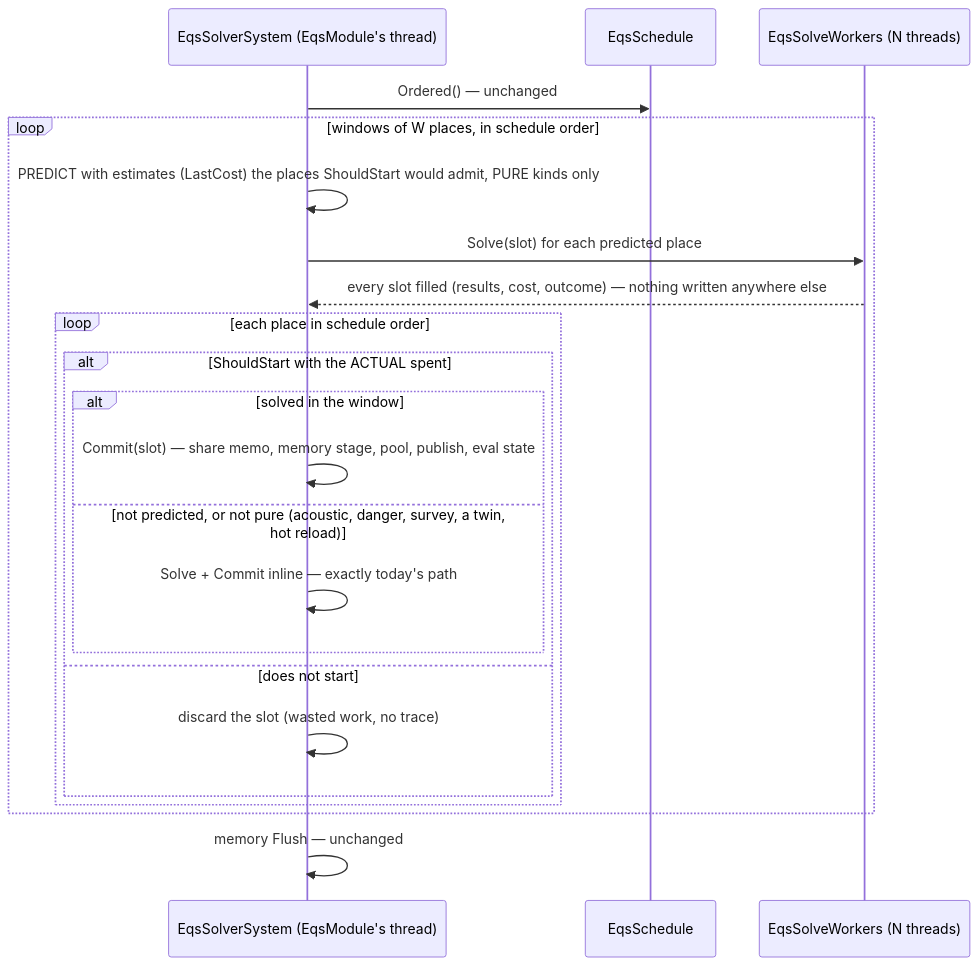
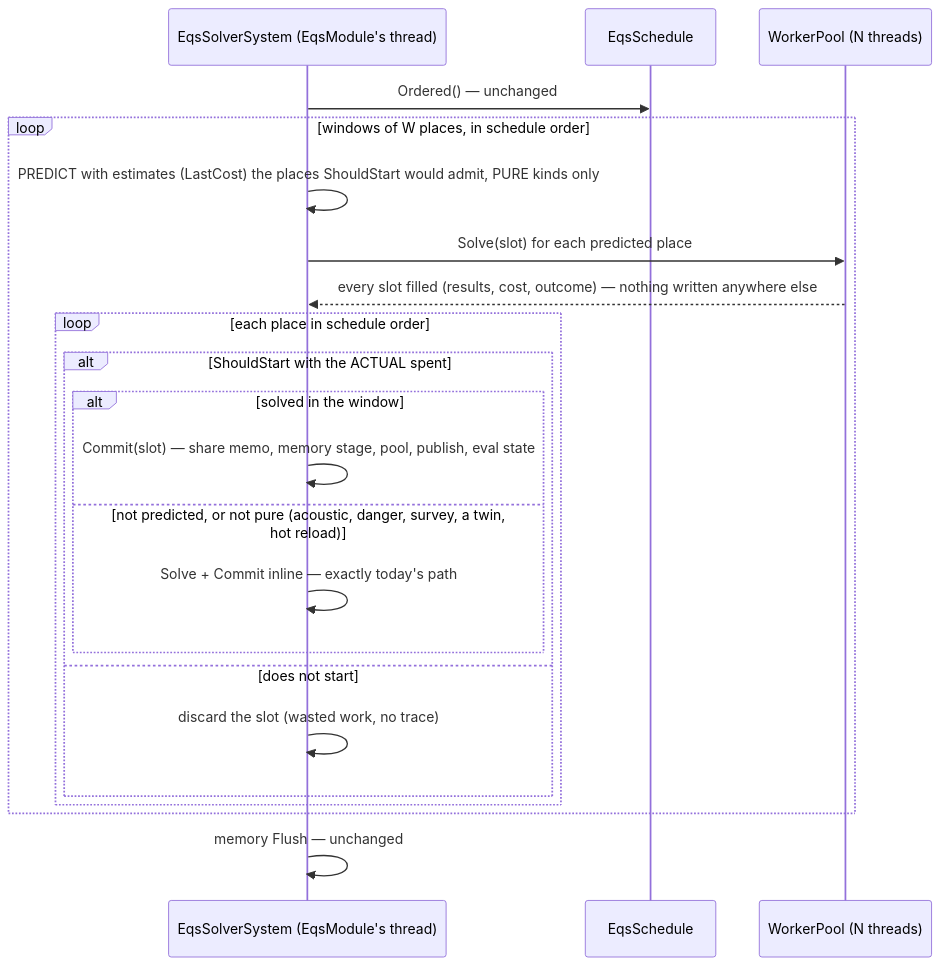
Diagram 15 of 44 in docs/DESIGN_Sensors_And_Doctrine.md (pjanec/HROT), drawn with Mermaid before and after one commit. The commit also changed other lines of this file and 4 other files, not shown here.

````diff
--- a/docs/DESIGN_Sensors_And_Doctrine.md
+++ b/docs/DESIGN_Sensors_And_Doctrine.md
@@ -565,24 +565,24 @@
 ```mermaid
 sequenceDiagram
   participant S as EqsSolverSystem (EqsModule's thread)
   participant O as EqsSchedule
-  participant W as EqsSolveWorkers (N threads)
+  participant W as WorkerPool (N threads)
   S->>O: Ordered() — unchanged
   loop windows of W places, in schedule order
     S->>S: PREDICT with estimates (LastCost) the places ShouldStart would admit, PURE kinds only
     S->>W: Solve(slot) for each predicted place
     W-->>S: every slot filled (results, cost, outcome) — nothing written anywhere else
     loop each place in schedule order
       alt ShouldStart with the ACTUAL spent
         alt solved in the window
           S->>S: Commit(slot) — share memo, memory stage, pool, publish, eval state
         else not predicted, or not pure (acoustic, danger, survey, a twin, hot reload)
           S->>S: Solve + Commit inline — exactly today's path
         end
       else does not start
         S->>S: discard the slot (wasted work, no trace)
       end
     end
   end
   S->>S: memory Flush — unchanged
 ```
````
